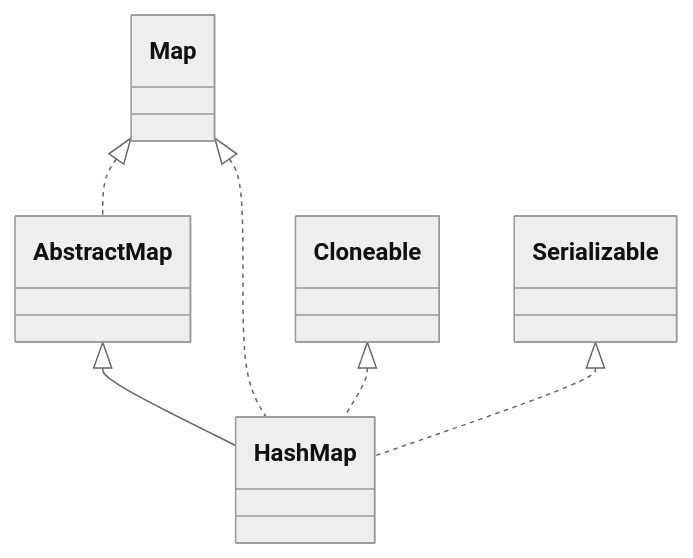
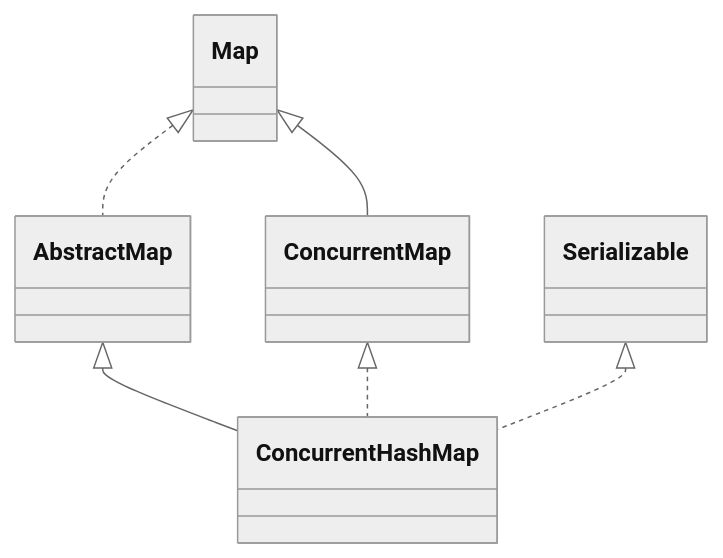
Before and after one commit to ZeromaXHe/MyGitRepository: the second of 3 diagrams in Notes/面试/个人Java面试复习关键词.md, drawn with Mermaid (neutral theme). The commit also changed other lines of this file, not shown here.

````diff
--- a/Notes/面试/个人Java面试复习关键词.md
+++ b/Notes/面试/个人Java面试复习关键词.md
@@ -118,8 +358,8 @@
   ```mermaid
   classDiagram
-  	AbstractMap <|-- HashMap
+  	AbstractMap <|-- ConcurrentHashMap
   	Map <|.. AbstractMap
-  	Map <|.. HashMap
-  	Cloneable <|.. HashMap
-  	Serializable <|.. HashMap
+  	ConcurrentMap <|.. ConcurrentHashMap
+  	Map <|-- ConcurrentMap
+  	Serializable <|.. ConcurrentHashMap
   ```
````
